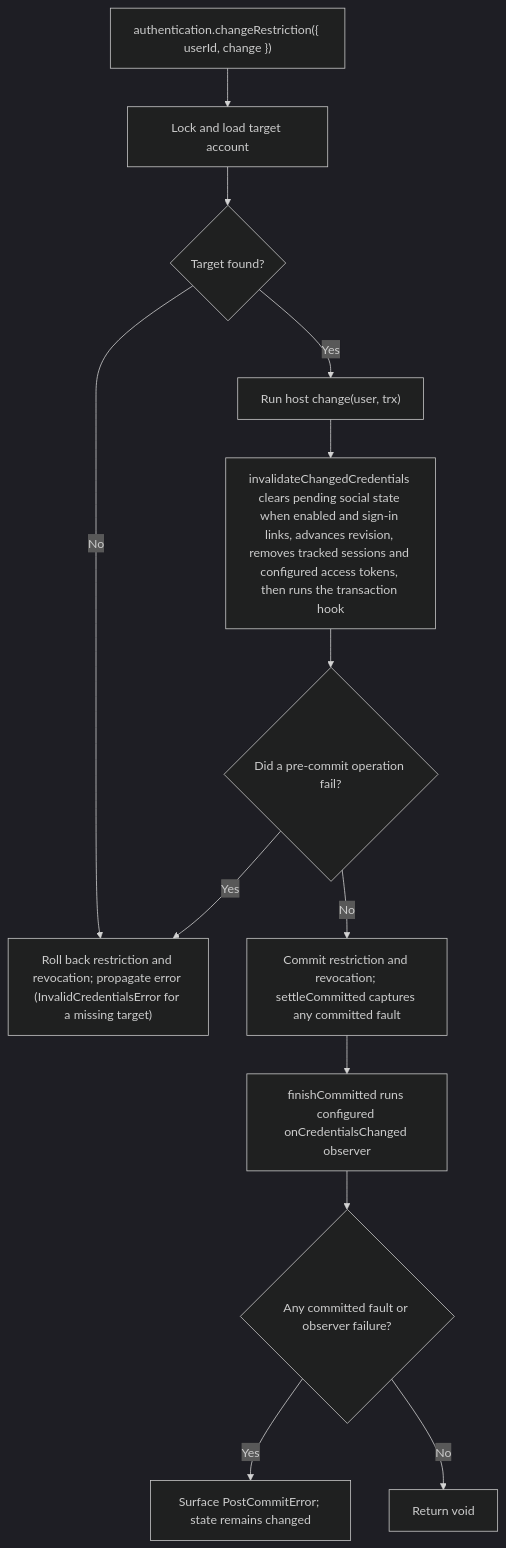
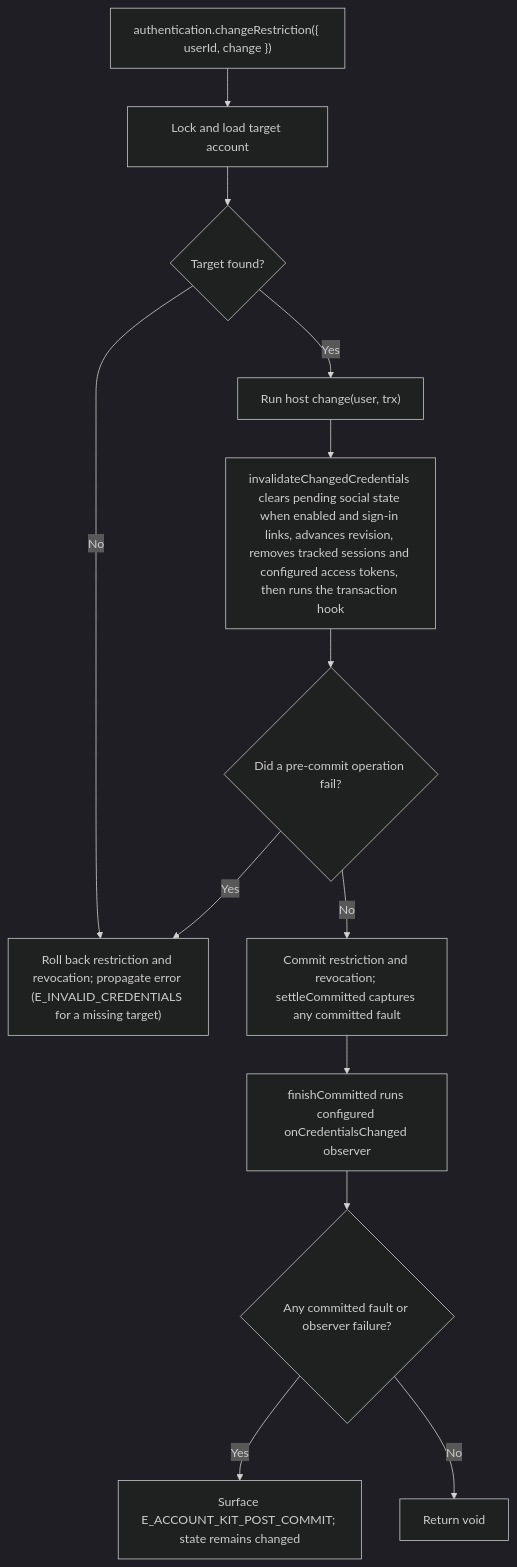
Before and after one commit to Kevinjohn/oss-adonisjs-account-kit: the second of 2 diagrams in user-stories/US-ACCOUNT-43-change-account-restriction.md, drawn with Mermaid (dark theme). The commit also changed other lines of this file and 362 other files, not shown here.

````diff
--- a/user-stories/US-ACCOUNT-43-change-account-restriction.md
+++ b/user-stories/US-ACCOUNT-43-change-account-restriction.md
@@ -35,15 +35,15 @@
 ```mermaid
 flowchart TD
  A["authentication.changeRestriction({ userId, change })"] --> B["Lock and load target account"]
  B --> B1{"Target found?"}
  B1 -->|No| F
  B1 -->|Yes| C["Run host change(user, trx)"]
  C --> D["invalidateChangedCredentials clears pending social state when enabled and sign-in links, advances revision, removes tracked sessions and configured access tokens, then runs the transaction hook"]
  D --> E{"Did a pre-commit operation fail?"}
- E -->|Yes| F["Roll back restriction and revocation; propagate error (InvalidCredentialsError for a missing target)"]
+ E -->|Yes| F["Roll back restriction and revocation; propagate error (E_INVALID_CREDENTIALS for a missing target)"]
  E -->|No| G["Commit restriction and revocation; settleCommitted captures any committed fault"]
  G --> O["finishCommitted runs configured onCredentialsChanged observer"]
  O --> H{"Any committed fault or observer failure?"}
- H -->|Yes| I["Surface PostCommitError; state remains changed"]
+ H -->|Yes| I["Surface E_ACCOUNT_KIT_POST_COMMIT; state remains changed"]
  H -->|No| J["Return void"]
 ```
````
